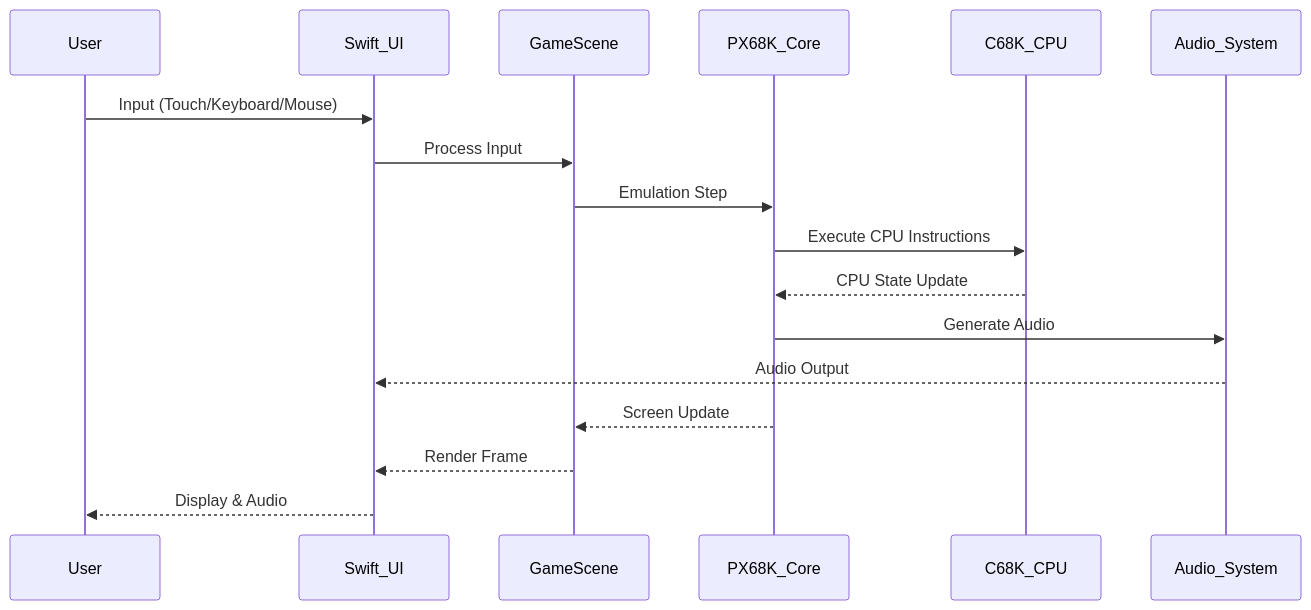
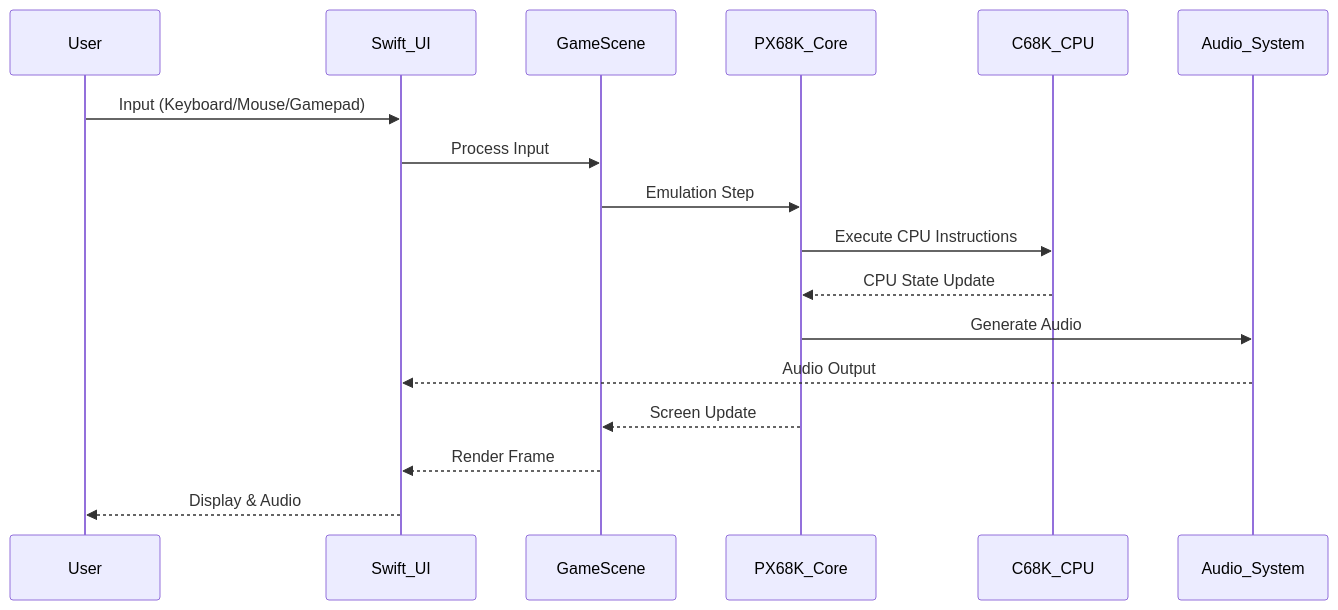
Before and after one commit to YosAwed/MPX68K: the third of 8 diagrams in ARCHITECTURE.md, drawn with Mermaid. The commit also changed other lines of this file and 14 other files, not shown here.

````diff
--- a/ARCHITECTURE.md
+++ b/ARCHITECTURE.md
@@ -110,20 +94,20 @@
 ```mermaid
 sequenceDiagram
     participant User
     participant Swift_UI
     participant GameScene
     participant PX68K_Core
     participant C68K_CPU
     participant Audio_System
     
-    User->>Swift_UI: Input (Touch/Keyboard/Mouse)
+    User->>Swift_UI: Input (Keyboard/Mouse/Gamepad)
     Swift_UI->>GameScene: Process Input
     GameScene->>PX68K_Core: Emulation Step
     PX68K_Core->>C68K_CPU: Execute CPU Instructions
     C68K_CPU-->>PX68K_Core: CPU State Update
     PX68K_Core->>Audio_System: Generate Audio
     Audio_System-->>Swift_UI: Audio Output
     PX68K_Core-->>GameScene: Screen Update
     GameScene-->>Swift_UI: Render Frame
     Swift_UI-->>User: Display & Audio
 ```
````
